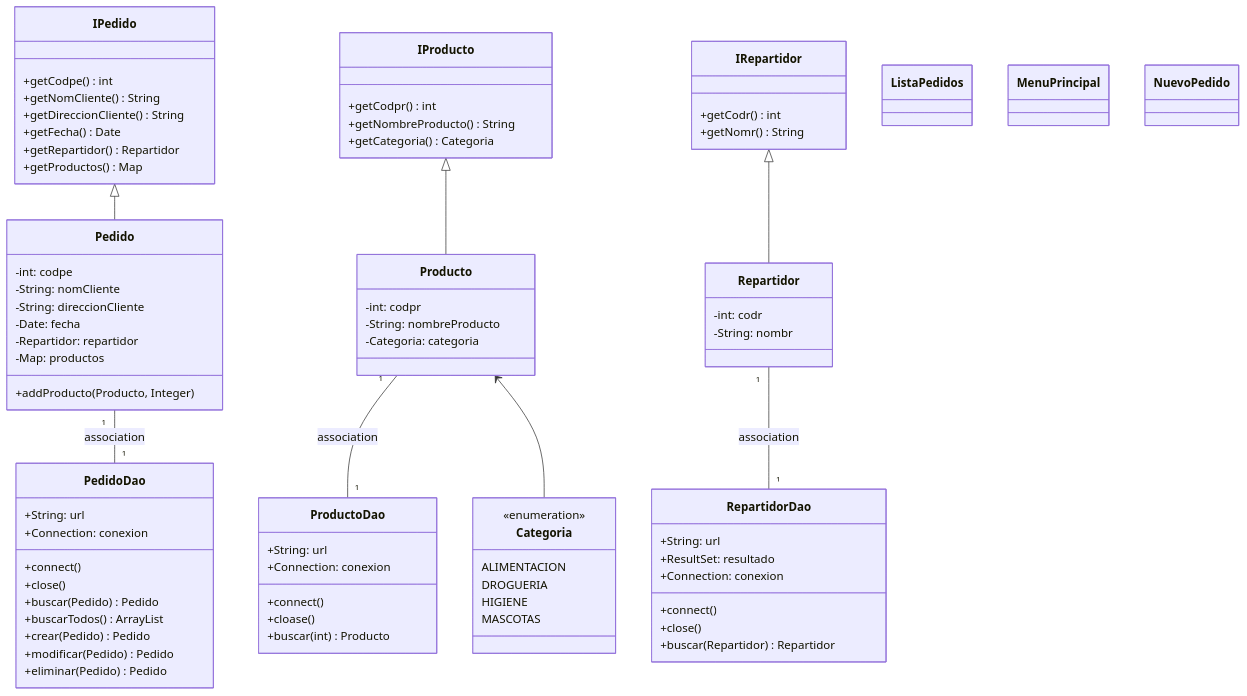
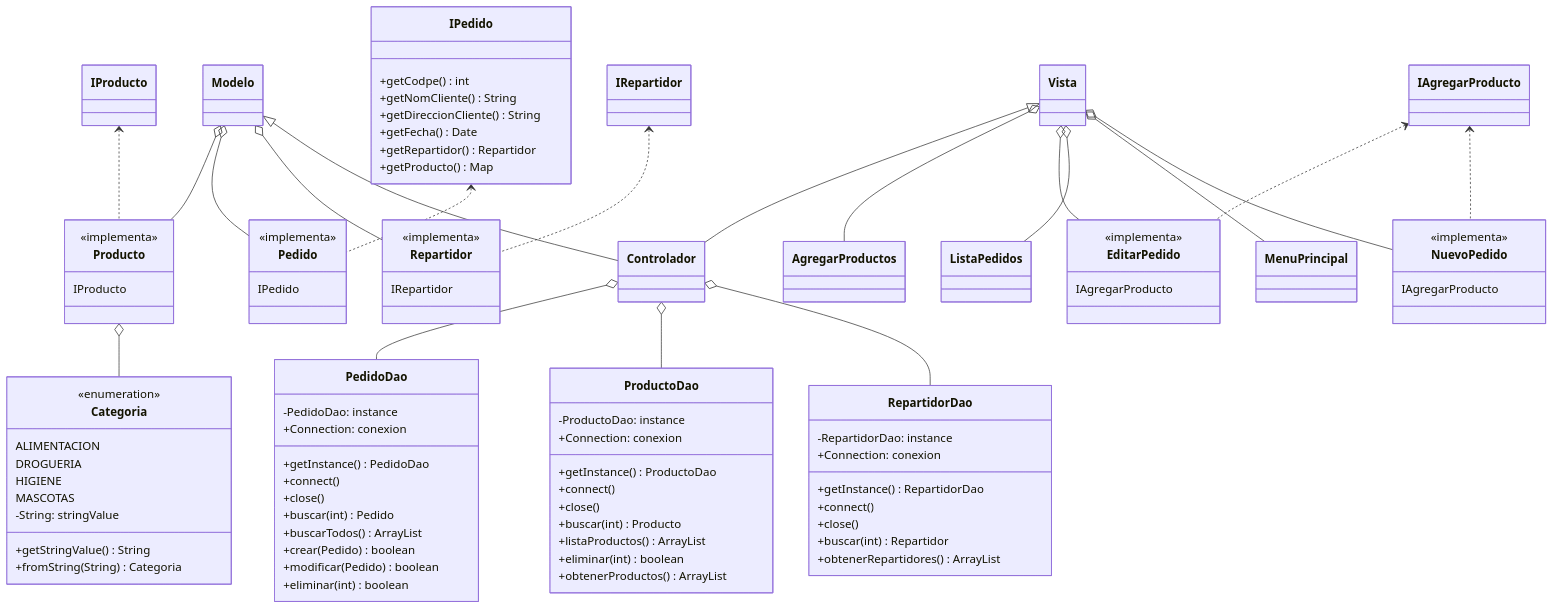
Before and after one commit to acasella03/Shopper2: the diagram in README.md, drawn with Mermaid.

Commit message:
Actualización diagrama de clases

````diff
--- a/README.md
+++ b/README.md
@@ -12,88 +12,139 @@
 ```mermaid
 classDiagram
-    class IPedido{
+    class Modelo {
+    }
+
+    class Vista {
+    }
+
+    class Controlador {
+    }
+
+    class PedidoDao {
+    -PedidoDao: instance
+    +Connection: conexion
+    +getInstance()PedidoDao
+    +connect()
+    +close()
+    +buscar(int)Pedido
+    +buscarTodos()ArrayList
+    +crear(Pedido)boolean
+    +modificar(Pedido)boolean
+    +eliminar(int)boolean
+    }
+
+    class ProductoDao {
+    -ProductoDao: instance
+    +Connection: conexion
+    +getInstance()ProductoDao
+    +connect()
+    +close()
+    +buscar(int)Producto
+    +listaProductos()ArrayList
+    +eliminar(int)boolean
+    +obtenerProductos()ArrayList
+    }
+
+    class RepartidorDao {
+    -RepartidorDao: instance
+    +Connection: conexion
+    +getInstance()RepartidorDao
+    +connect()
+    +close()
+    +buscar(int)Repartidor
+    +obtenerRepartidores()ArrayList        
+    }
+
+    class Categoria {
+    <<enumeration>>
+    ALIMENTACION
+    DROGUERIA
+    HIGIENE
+    MASCOTAS
+    -String: stringValue
+    +getStringValue()String
+    +fromString(String)Categoria
+    }
+
+    class IPedido {
     +getCodpe()int
     +getNomCliente()String
     +getDireccionCliente()String
     +getFecha()Date
     +getRepartidor()Repartidor
-    +getProductos()Map
+    +getProducto()Map   
     }
-    class IProducto{
-    +getCodpr()int
-    +getNombreProducto()String
-    +getCategoria()Categoria
+
+    class Pedido {
+        <<implementa>>
+        IPedido
     }
-    class IRepartidor{
-    +getCodr()int
-    +getNomr()String
+
+    class IAgregarProducto {
     }
-    class Pedido{
-    -int: codpe
-    -String: nomCliente
-    -String: direccionCliente
-    -Date: fecha
-    -Repartidor: repartidor
-    -Map: productos
-    +addProducto(Producto, Integer)
+
+    class IProducto {
     }
-    class Producto{
-    -int: codpr
-    -String: nombreProducto
-    -Categoria: categoria
+
+    class Producto {
+        <<implementa>>
+        IProducto
     }
-    class Categoria{
-    <<enumeration>>
-    ALIMENTACION
-    DROGUERIA
-    HIGIENE
-    MASCOTAS
+
+    class IRepartidor {
     }
-    class Repartidor{
-    -int: codr
-    -String: nombr
+
+    class Repartidor {
+        <<implementa>>
+        IRepartidor
     }
-    class PedidoDao{
-    +String: url
-    +Connection: conexion
-    +connect()
-    +close()
-    +buscar(Pedido)Pedido
-    +buscarTodos()ArrayList<Pedidos>
-    +crear(Pedido)Pedido
-    +modificar(Pedido)Pedido
-    +eliminar(Pedido)Pedido
+
+    class AgregarProductos {
+   
     }
-    class ProductoDao{
-    +String: url
-    +Connection: conexion
-    +connect()
-    +cloase()
-    +buscar(int)Producto
+
+    class EditarPedido {
+     <<implementa>>
+    IAgregarProducto
     }
-    class RepartidorDao{
-    +String: url
-    +ResultSet: resultado
-    +Connection: conexion
-    +connect()
-    +close()
-    +buscar(Repartidor)Repartidor
-    }   
-    class ListaPedidos{
+
+    class ListaPedidos {
+    }
+
+    class MenuPrincipal {
+    }
+
+    class NuevoPedido {
+     <<implementa>>
+    IAgregarProducto
+    }
+
+   
+    Producto o-- Categoria
     
-    }
-    class MenuPrincipal{
+    Modelo o-- Producto
+    Modelo o-- Pedido    
+    Modelo o-- Repartidor
+
+    Controlador o-- PedidoDao
+    Controlador o-- ProductoDao
+    Controlador o-- RepartidorDao
+
+    Modelo <|-- Controlador
+    Vista <|-- Controlador
+
+    Vista o-- AgregarProductos
+    Vista o-- EditarPedido
+    Vista o-- ListaPedidos
+    Vista o-- MenuPrincipal
+    Vista o-- NuevoPedido
     
-    }
-    class NuevoPedido{
-    
-    }    
-    Pedido "1"-- "1" PedidoDao: association
-    Repartidor "1"-- "1" RepartidorDao: association
-    Producto "1"-- "1" ProductoDao: association 
-    Producto <-- Categoria
-    IPedido<|--Pedido
-    IProducto<|--Producto
-    IRepartidor<|--Repartidor
-      
+    IRepartidor <.. Repartidor
+    IPedido <.. Pedido
+    IProducto <.. Producto
+   
+    IAgregarProducto <.. EditarPedido
+    IAgregarProducto <.. NuevoPedido
+
+
 ```
````
